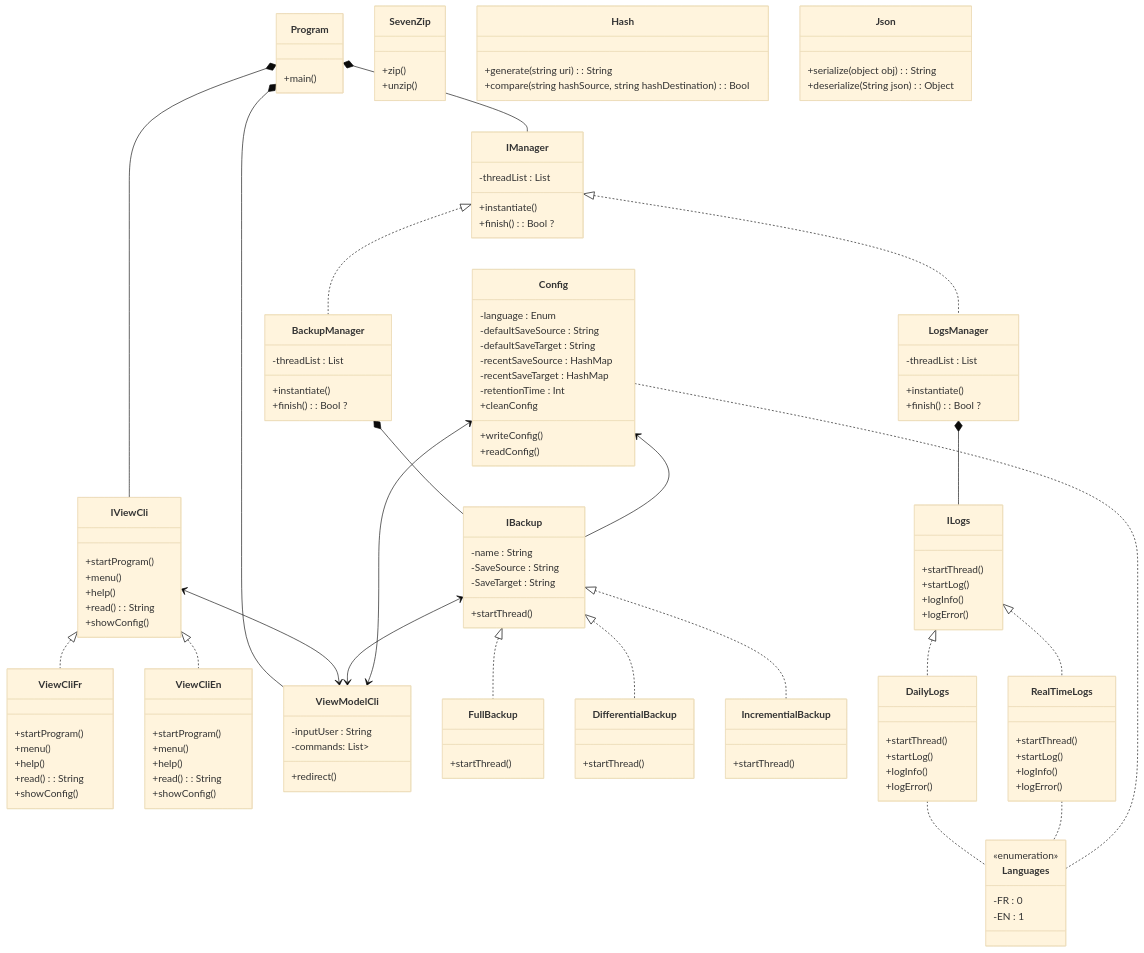
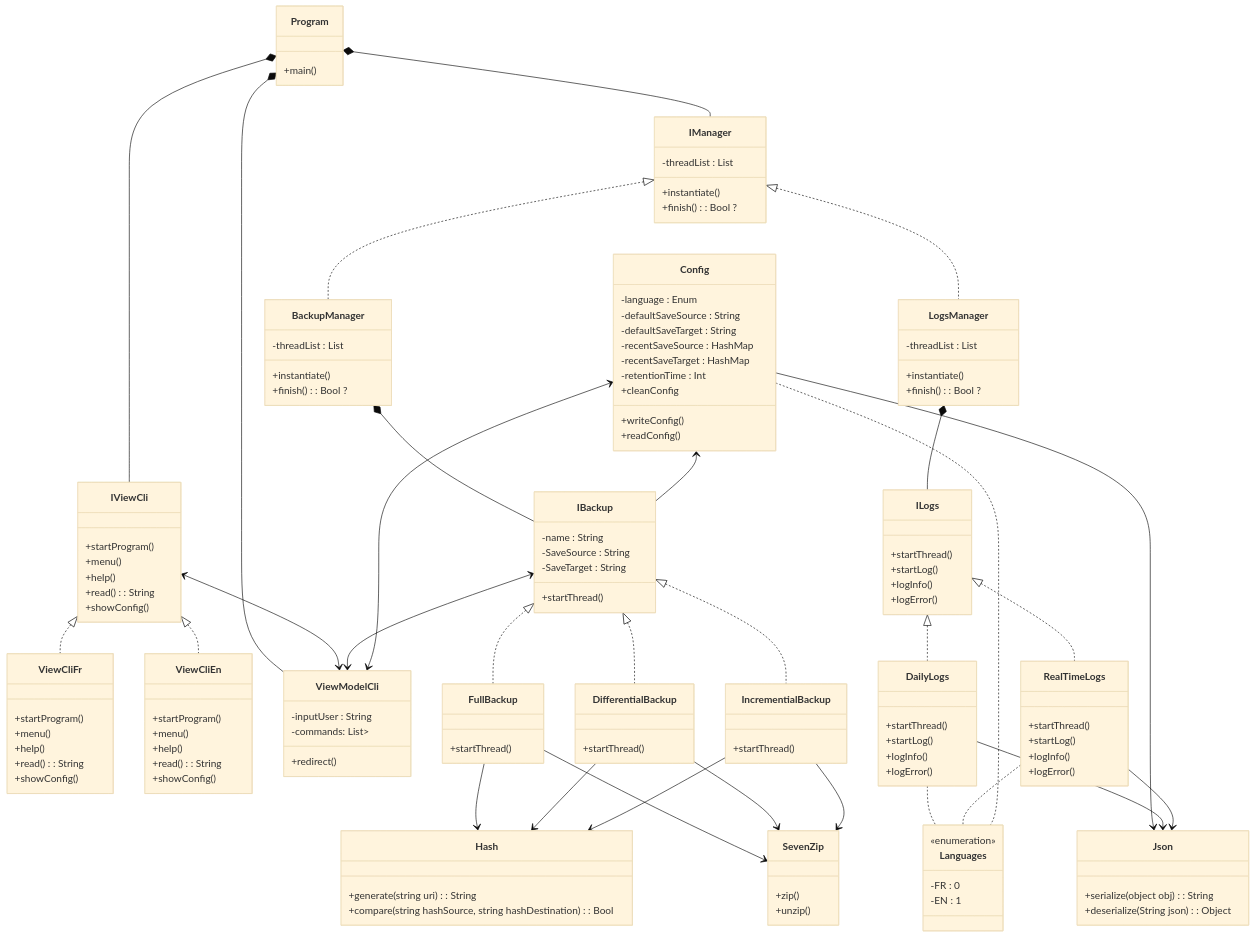
One commit to mboss7/CesiProgSys changed the diagram in diagClasse.md. Above: the diagram before and after it, drawn with Mermaid (base theme). The commit also changed other lines of this file, not shown here.

Commit message:
push in boots

````diff
--- a/diagClasse.md
+++ b/diagClasse.md
@@ -127,5 +127,13 @@
 DailyLogs .. Languages
 RealTimeLogs .. Languages
 Config .. Languages
-
+Config  --> Json
+DailyLogs --> Json
+RealTimeLogs --> Json
+FullBackup --> Hash
+DifferentialBackup --> Hash
+IncrementialBackup --> Hash
+FullBackup --> SevenZip
+DifferentialBackup --> SevenZip
+IncrementialBackup --> SevenZip
 ```
````
